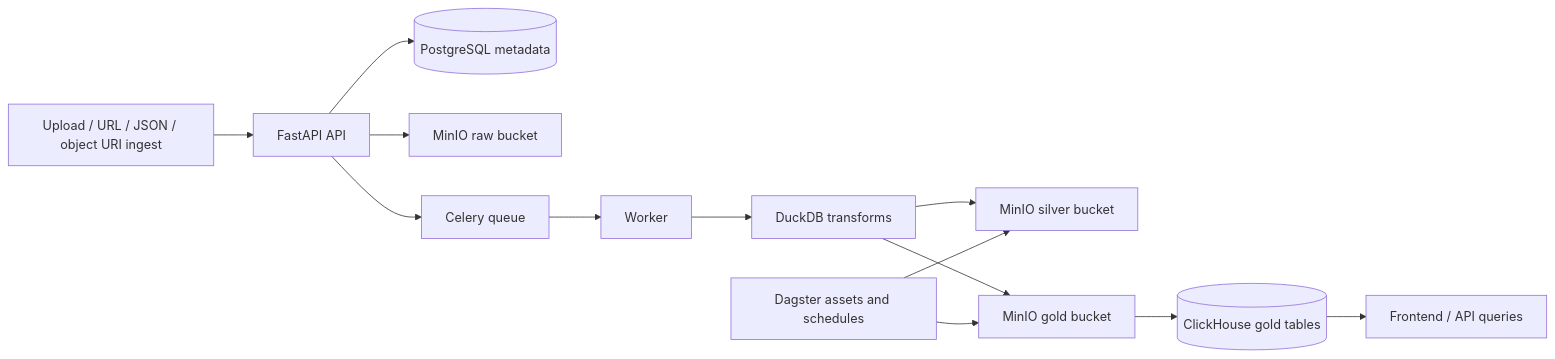
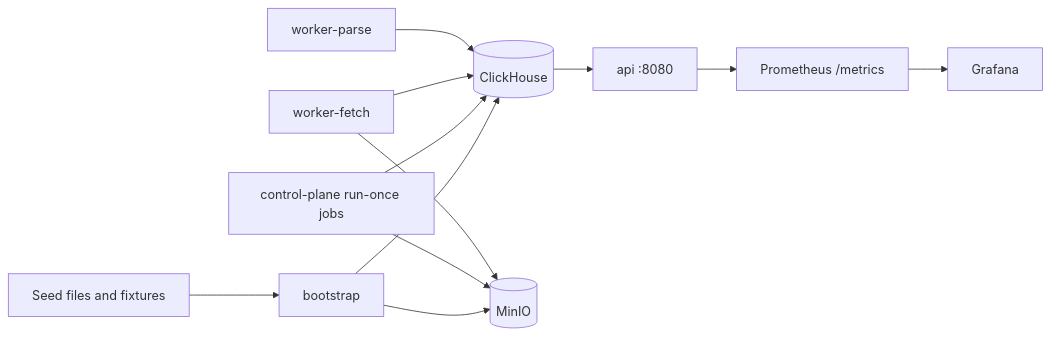
Before and after one commit to kylhuk/oida_backend: the diagram in README.md, drawn with Mermaid. The commit also changed other lines of this file and 259 other files, not shown here.

````diff
--- a/README.md
+++ b/README.md
@@ -17,15 +9,14 @@
 ```mermaid
 flowchart LR
-    A[Upload / URL / JSON / object URI ingest] --> B[FastAPI API]
-    B --> C[(PostgreSQL metadata)]
-    B --> D[MinIO raw bucket]
-    B --> E[Celery queue]
-    E --> F[Worker]
-    F --> G[DuckDB transforms]
-    G --> H[MinIO silver bucket]
-    G --> I[MinIO gold bucket]
-    I --> J[(ClickHouse gold tables)]
-    J --> K[Frontend / API queries]
-    L[Dagster assets and schedules] --> H
-    L --> I
+    Seed[Seed files and fixtures] --> Bootstrap[bootstrap]
+    Bootstrap --> CH[(ClickHouse)]
+    Bootstrap --> S3[(MinIO)]
+    CP[control-plane run-once jobs] --> CH
+    CP --> S3
+    Fetch[worker-fetch] --> S3
+    Fetch --> CH
+    Parse[worker-parse] --> CH
+    CH --> API[api :8080]
+    API --> Prom[Prometheus /metrics]
+    Prom --> Grafana[Grafana]
 ```
````
